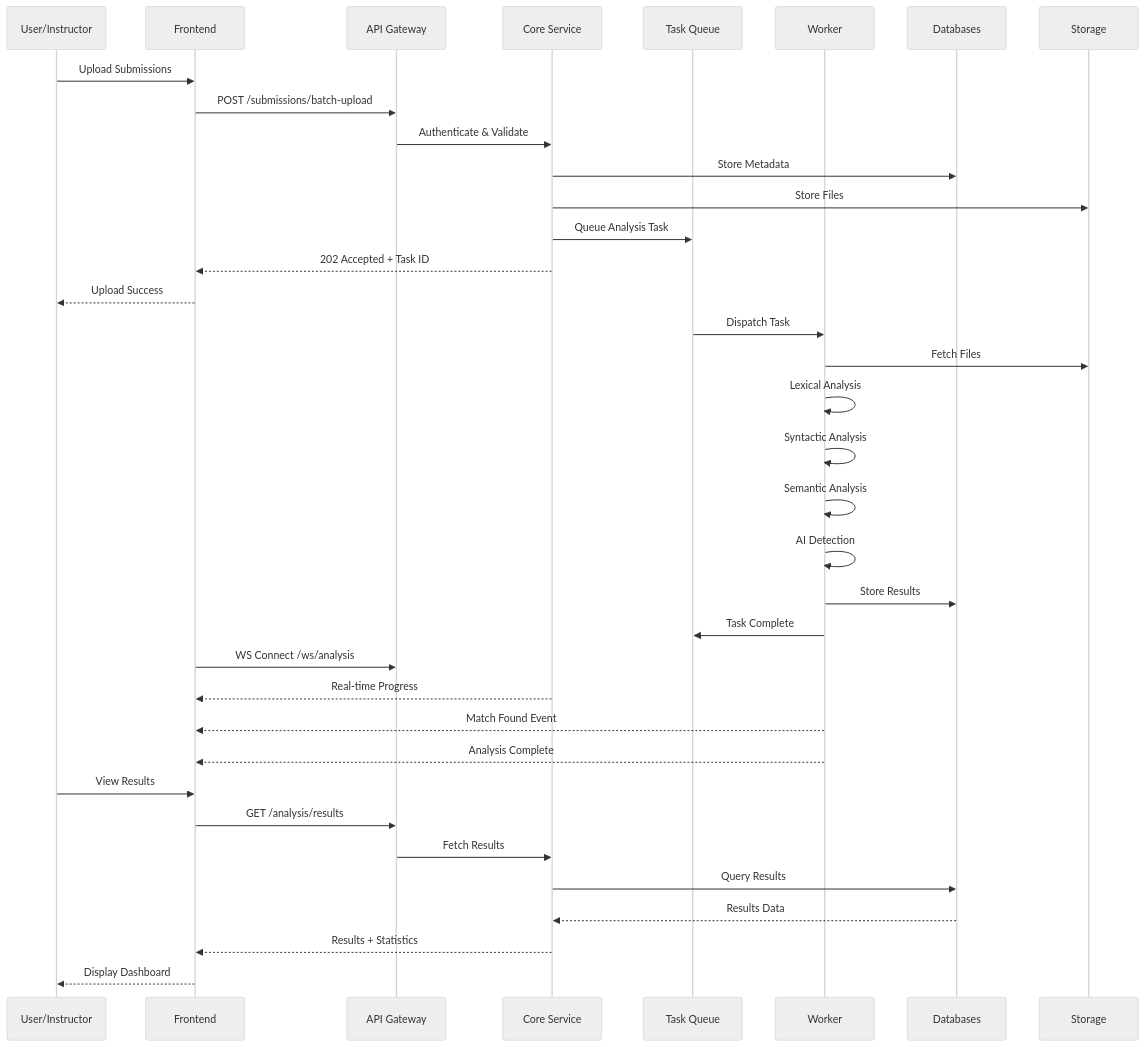
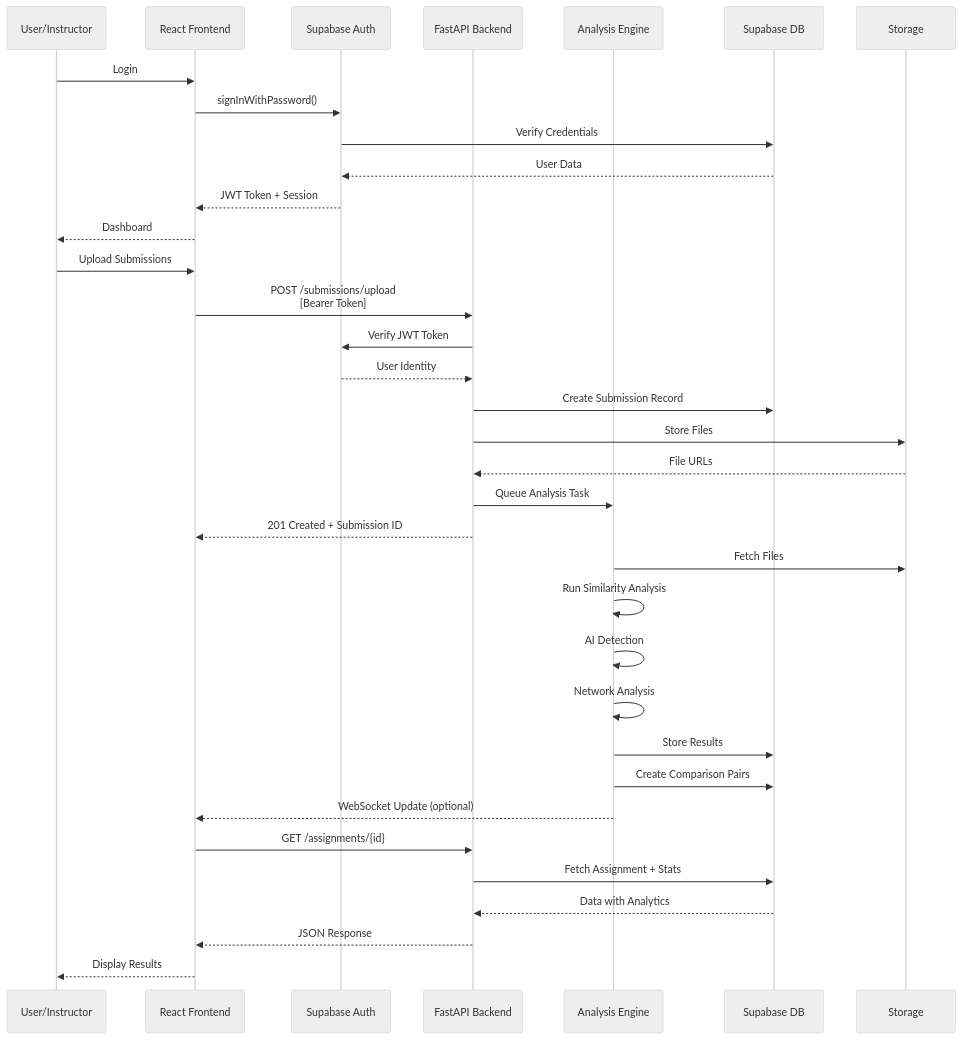
The second of 4 diagrams in README.md (Shafwansafi06/code-guard-nexus), drawn with Mermaid (neutral theme) before and after one commit. The commit also changed other lines of this file and 18 other files, not shown here.

````diff
--- a/README.md
+++ b/README.md
@@ -267,42 +136,41 @@
 ```mermaid
 sequenceDiagram
     participant U as User/Instructor
-    participant F as Frontend
-    participant API as API Gateway
-    participant Core as Core Service
-    participant Q as Task Queue
-    participant W as Worker
-    participant DB as Databases
+    participant F as React Frontend
+    participant A as Supabase Auth
+    participant API as FastAPI Backend
+    participant E as Analysis Engine
+    participant DB as Supabase DB
     participant S as Storage
     
+    U->>F: Login
+    F->>A: signInWithPassword()
+    A->>DB: Verify Credentials
+    DB-->>A: User Data
+    A-->>F: JWT Token + Session
+    F-->>U: Dashboard
+
     U->>F: Upload Submissions
-    F->>API: POST /submissions/batch-upload
-    API->>Core: Authenticate & Validate
-    Core->>DB: Store Metadata
-    Core->>S: Store Files
-    Core->>Q: Queue Analysis Task
-    Core-->>F: 202 Accepted + Task ID
-    F-->>U: Upload Success
+    F->>API: POST /submissions/upload<br/>[Bearer Token]
+    API->>A: Verify JWT Token
+    A-->>API: User Identity
+    API->>DB: Create Submission Record
+    API->>S: Store Files
+    S-->>API: File URLs
+    API->>E: Queue Analysis Task
+    API-->>F: 201 Created + Submission ID
     
-    Q->>W: Dispatch Task
-    W->>S: Fetch Files
-    W->>W: Lexical Analysis
-    W->>W: Syntactic Analysis
-    W->>W: Semantic Analysis
-    W->>W: AI Detection
-    W->>DB: Store Results
-    W->>Q: Task Complete
+    E->>S: Fetch Files
+    E->>E: Run Similarity Analysis
+    E->>E: AI Detection
+    E->>E: Network Analysis
+    E->>DB: Store Results
+    E->>DB: Create Comparison Pairs
+    E-->>F: WebSocket Update (optional)
     
-    F->>API: WS Connect /ws/analysis
-    Core-->>F: Real-time Progress
-    W-->>F: Match Found Event
-    W-->>F: Analysis Complete
-    
-    U->>F: View Results
-    F->>API: GET /analysis/results
-    API->>Core: Fetch Results
-    Core->>DB: Query Results
-    DB-->>Core: Results Data
-    Core-->>F: Results + Statistics
-    F-->>U: Display Dashboard
+    F->>API: GET /assignments/{id}
+    API->>DB: Fetch Assignment + Stats
+    DB-->>API: Data with Analytics
+    API-->>F: JSON Response
+    F-->>U: Display Results
 ```
````
